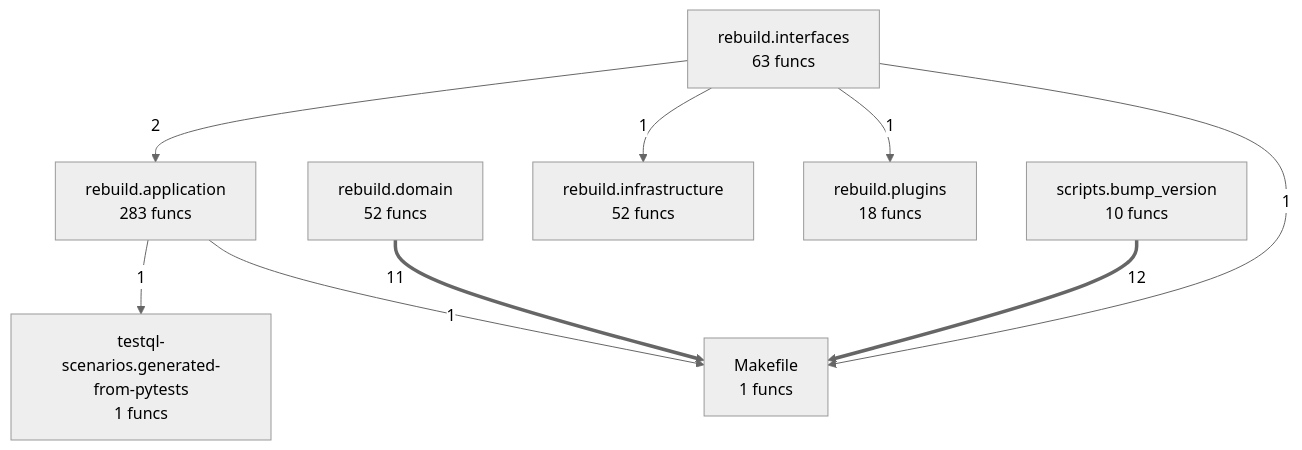
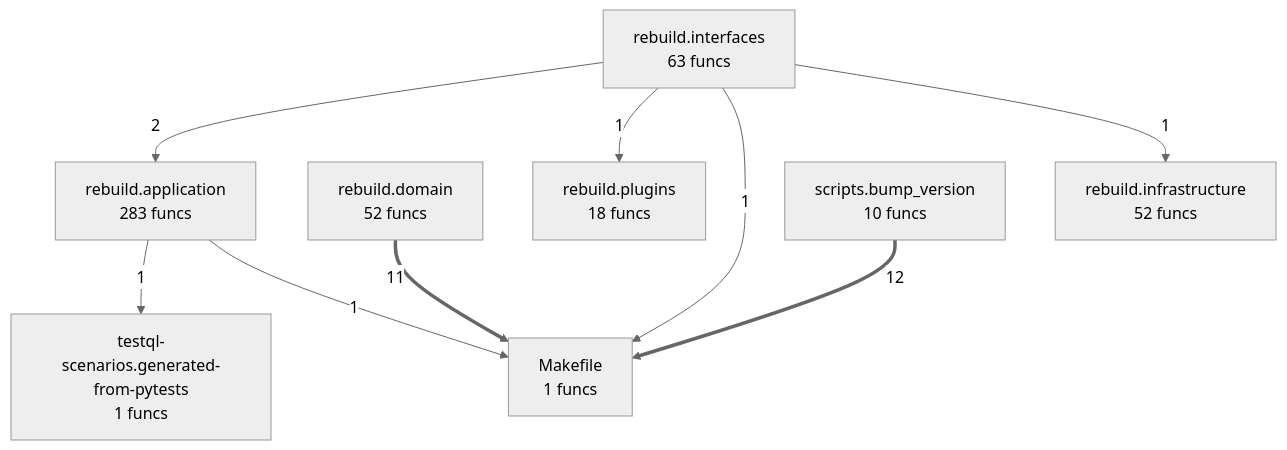
Before and after one commit to semcod/resplit: the diagram in project/compact_flow.mmd, drawn with Mermaid (neutral theme). The commit also changed other lines of this file and 94 other files, not shown here.

```diff
--- a/project/compact_flow.mmd
+++ b/project/compact_flow.mmd
@@ -1,18 +1,18 @@
 flowchart TD
 %% generated in 0.01s
     Makefile["Makefile<br/>1 funcs"]
     rebuild__application["rebuild.application<br/>283 funcs"]
     rebuild__domain["rebuild.domain<br/>52 funcs"]
     rebuild__infrastructure["rebuild.infrastructure<br/>52 funcs"]
     rebuild__interfaces["rebuild.interfaces<br/>63 funcs"]
     rebuild__plugins["rebuild.plugins<br/>18 funcs"]
     scripts__bump_version["scripts.bump_version<br/>10 funcs"]
     testql_scenarios__generated_from_pytests["testql-scenarios.generated-from-pytests<br/>1 funcs"]
     scripts__bump_version ==>|12| Makefile
     rebuild__domain ==>|11| Makefile
     rebuild__interfaces -->|2| rebuild__application
     rebuild__application -->|1| testql_scenarios__generated_from_pytests
     rebuild__application -->|1| Makefile
-    rebuild__interfaces -->|1| rebuild__infrastructure
     rebuild__interfaces -->|1| rebuild__plugins
     rebuild__interfaces -->|1| Makefile
+    rebuild__interfaces -->|1| rebuild__infrastructure
```
